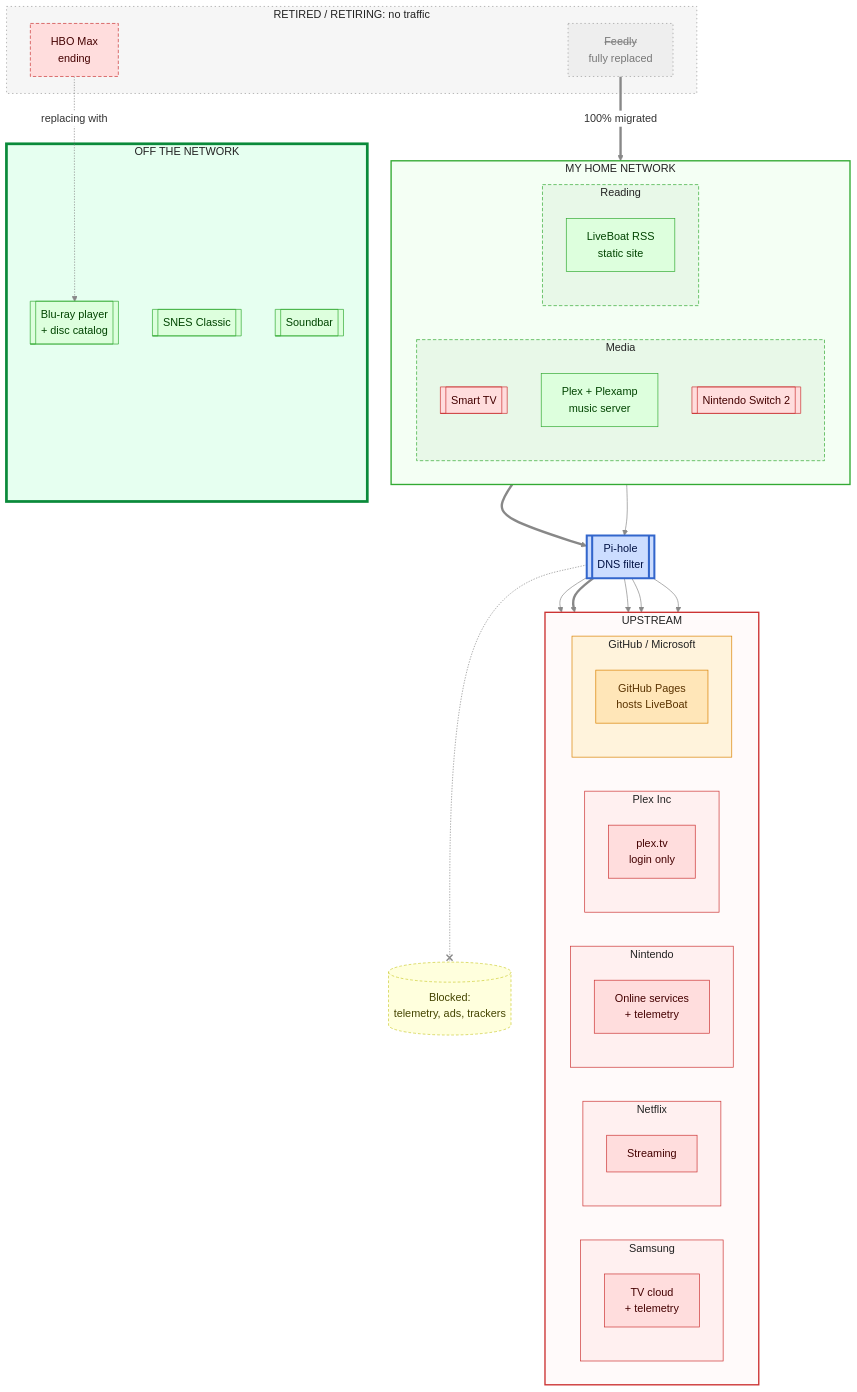
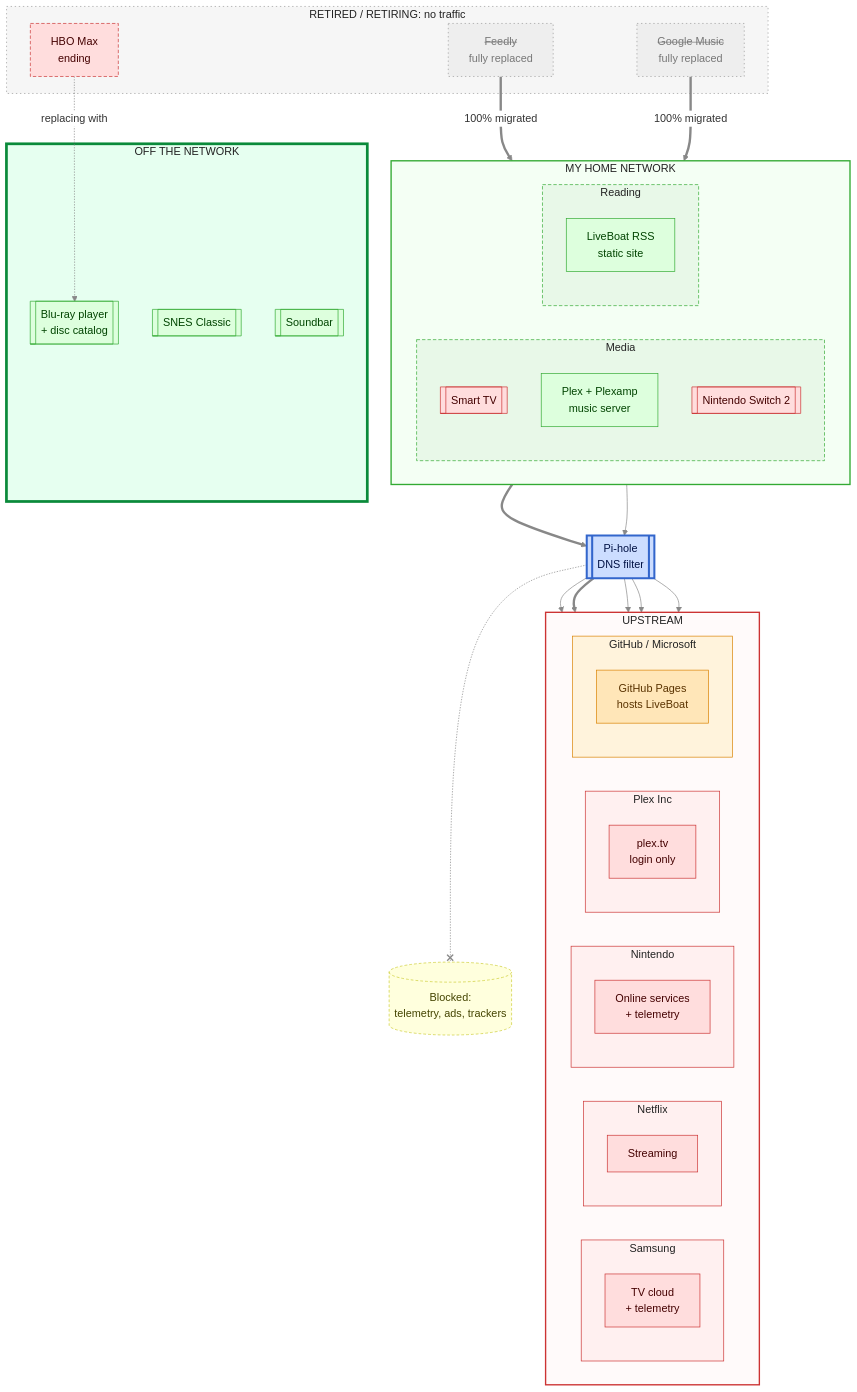
One commit to lowlydba/torch-the-tech changed the second of 5 diagrams in README.md. Above: the diagram before and after it, drawn with Mermaid.

Commit message:
Add retired Google Music

```diff
--- a/README.md
+++ b/README.md
@@ -92,6 +92,7 @@
     subgraph retired["RETIRED / RETIRING: no traffic"]
         feedly[<s>Feedly</s><br/>fully replaced]
         hbo[HBO Max<br/>ending]
+        gmusic[<s>Google Music</s><br/>fully replaced]
     end
 
     subgraph offline["OFF THE NETWORK"]
@@ -128,6 +129,7 @@
     end
 
     feedly == "100% migrated" ==> liveboat
+    gmusic == "100% migrated" ==> plex
     hbo -. "replacing with" .-> bluray
 
     h_media ==> pihole
@@ -150,7 +152,7 @@
     class frame big
     class plex,liveboat,bluray,snes,soundbar self
     class pihole gate
-    class feedly gone
+    class feedly,gmusic gone
     class blocked note
     style home fill:#f4fff4,stroke:#3a3,stroke-width:2px,color:#222
     style out fill:#fffafa,stroke:#c33,stroke-width:2px,color:#222
```
